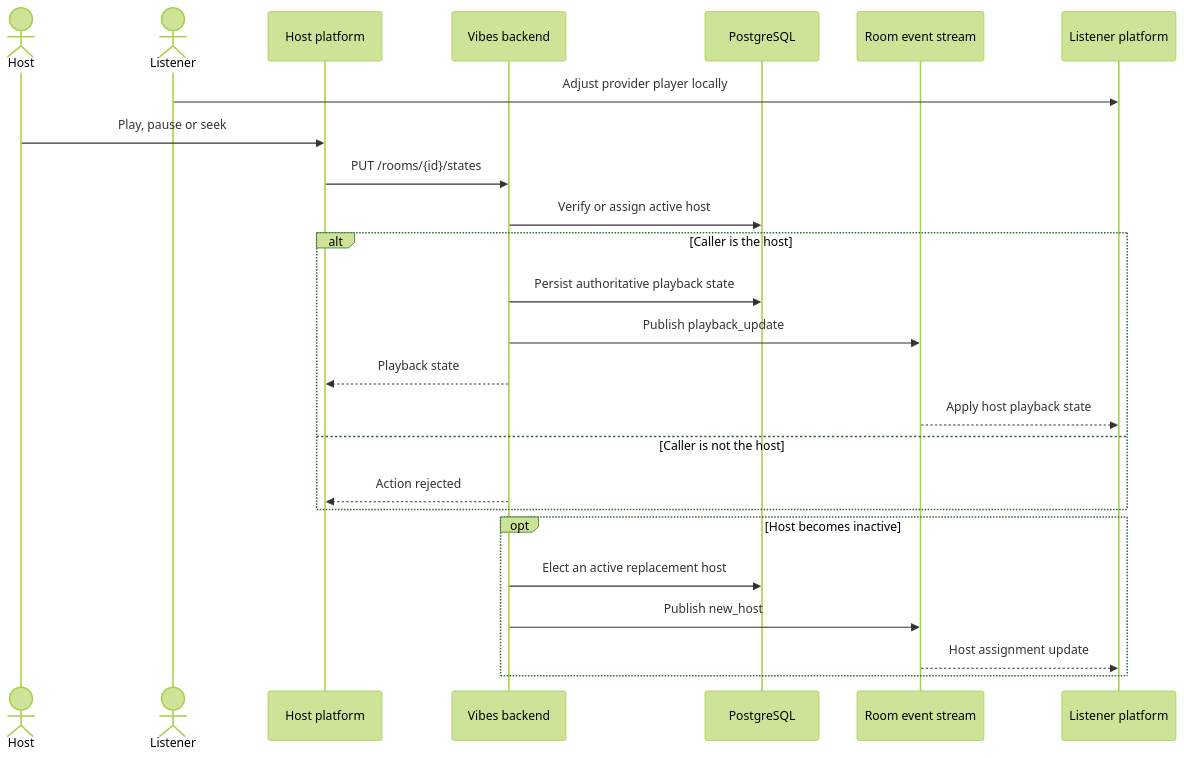
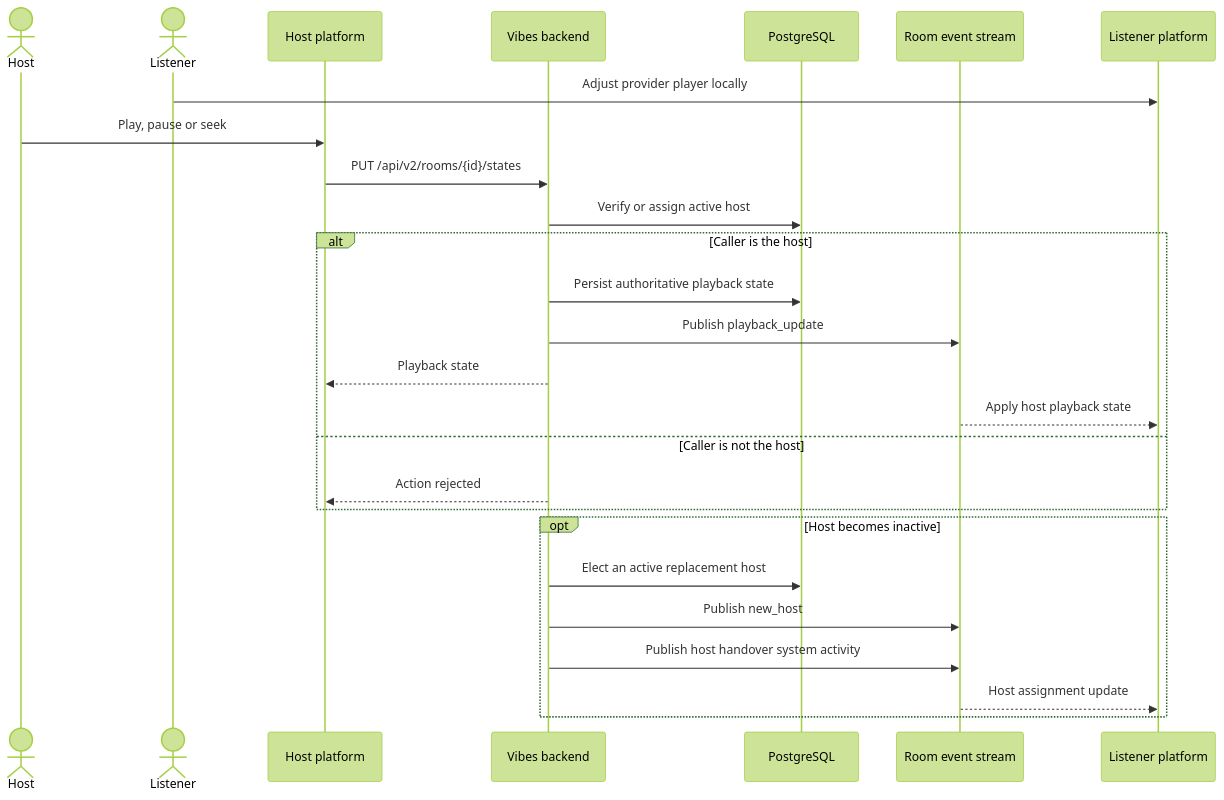
The second of 2 diagrams in docs/flows/playback.md (zoff-music/vibes-backend), drawn with Mermaid (forest theme) before and after one commit. The commit also changed other lines of this file and 69 other files, not shown here.

````diff
--- a/docs/flows/playback.md
+++ b/docs/flows/playback.md
@@ -40,30 +44,31 @@
 ```mermaid
 sequenceDiagram
     actor Host
     actor Listener
     participant HostUI as Host platform
     participant API as Vibes backend
     participant DB as PostgreSQL
     participant Events as Room event stream
     participant ListenerUI as Listener platform
 
     Listener->>ListenerUI: Adjust provider player locally
     Host->>HostUI: Play, pause or seek
-    HostUI->>API: PUT /rooms/{id}/states
+    HostUI->>API: PUT /api/v2/rooms/{id}/states
     API->>DB: Verify or assign active host
 
     alt Caller is the host
         API->>DB: Persist authoritative playback state
         API->>Events: Publish playback_update
         API-->>HostUI: Playback state
         Events-->>ListenerUI: Apply host playback state
     else Caller is not the host
         API-->>HostUI: Action rejected
     end
 
     opt Host becomes inactive
         API->>DB: Elect an active replacement host
         API->>Events: Publish new_host
+        API->>Events: Publish host handover system activity
         Events-->>ListenerUI: Host assignment update
     end
 ```
````
